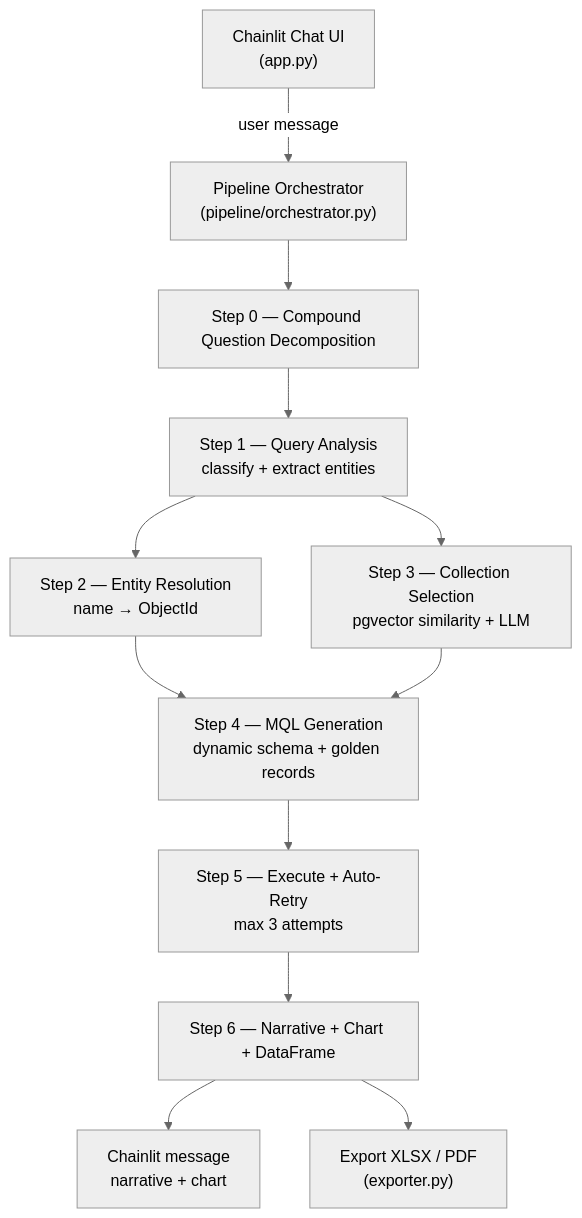
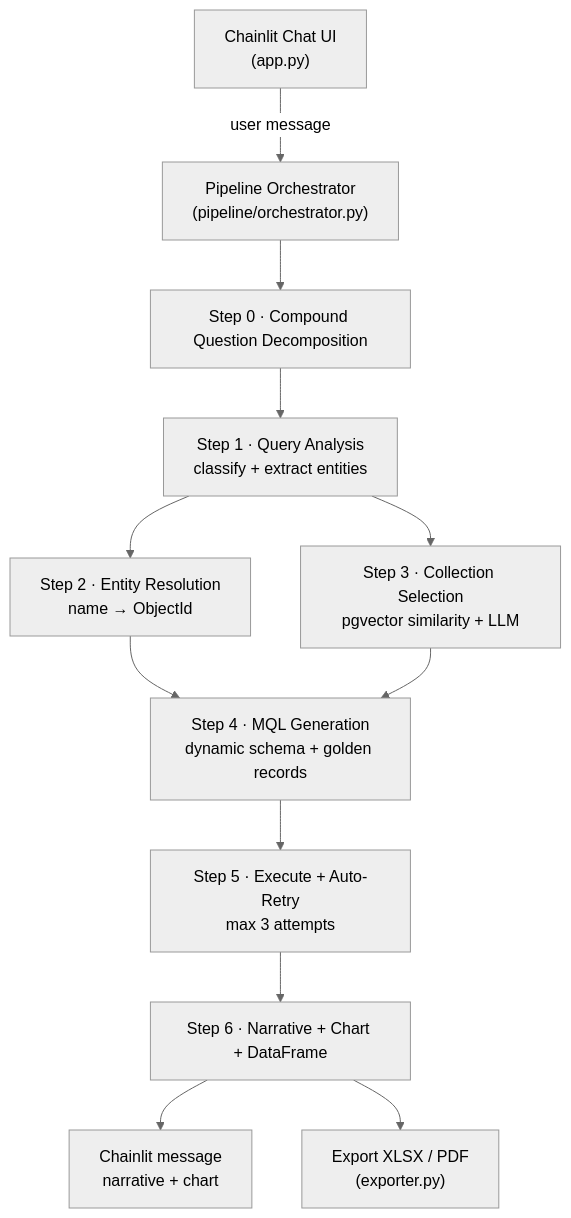
The first of 4 diagrams in README.md (Wikolabs/bi-wikolabs), drawn with Mermaid (neutral theme) before and after one commit. The commit also changed other lines of this file and 24 other files, not shown here.

````diff
--- a/README.md
+++ b/README.md
@@ -59,21 +59,21 @@
 ```mermaid
 flowchart TD
     UI["Chainlit Chat UI\n(app.py)"]
     ORCH["Pipeline Orchestrator\n(pipeline/orchestrator.py)"]
-    S0["Step 0 — Compound Question Decomposition"]
-    S1["Step 1 — Query Analysis\nclassify + extract entities"]
-    S2["Step 2 — Entity Resolution\nname → ObjectId"]
-    S3["Step 3 — Collection Selection\npgvector similarity + LLM"]
-    S4["Step 4 — MQL Generation\ndynamic schema + golden records"]
-    S5["Step 5 — Execute + Auto-Retry\nmax 3 attempts"]
-    S6["Step 6 — Narrative + Chart + DataFrame"]
+    S0["Step 0 · Compound Question Decomposition"]
+    S1["Step 1 · Query Analysis\nclassify + extract entities"]
+    S2["Step 2 · Entity Resolution\nname → ObjectId"]
+    S3["Step 3 · Collection Selection\npgvector similarity + LLM"]
+    S4["Step 4 · MQL Generation\ndynamic schema + golden records"]
+    S5["Step 5 · Execute + Auto-Retry\nmax 3 attempts"]
+    S6["Step 6 · Narrative + Chart + DataFrame"]
     OUT1["Chainlit message\nnarrative + chart"]
     OUT2["Export XLSX / PDF\n(exporter.py)"]
 
     UI -->|user message| ORCH
     ORCH --> S0 --> S1
     S1 --> S2 & S3
     S2 & S3 --> S4 --> S5 --> S6
     S6 --> OUT1
     S6 --> OUT2
 ```
````
